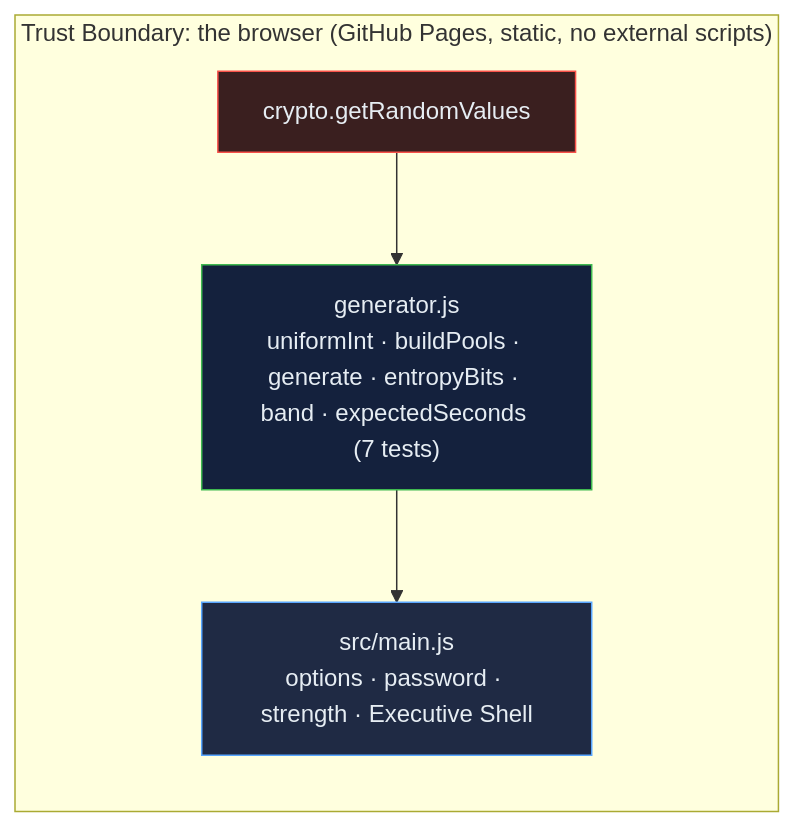
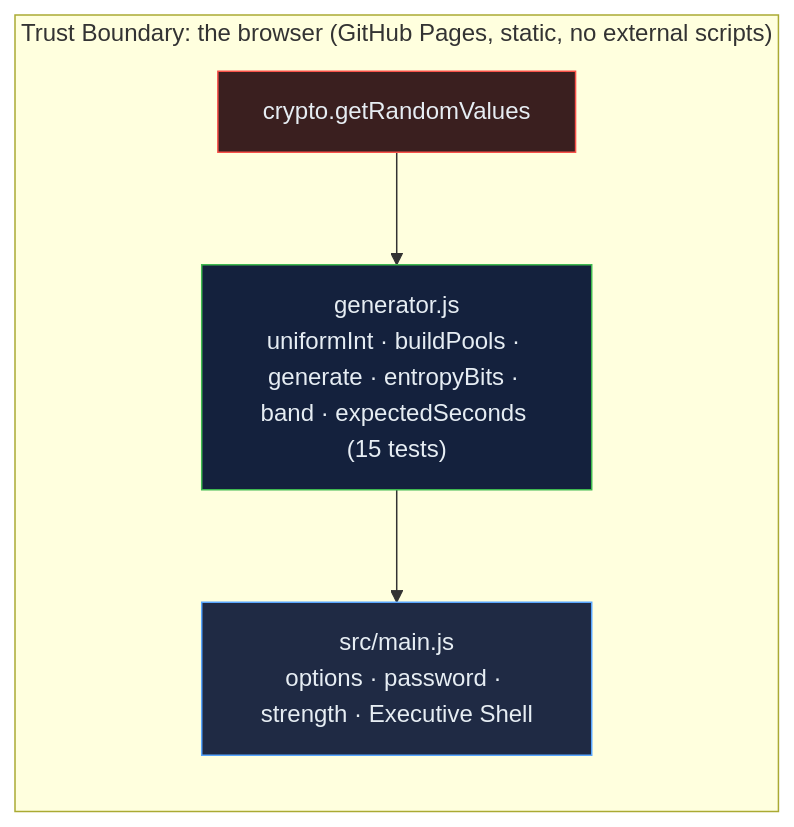
Before and after one commit to Freddricklogan/secure-password-generator: the diagram in README.md, drawn with Mermaid. The commit also changed 4 other files, not shown here.

````diff
--- a/README.md
+++ b/README.md
@@ -44,12 +44,12 @@
 ```mermaid
 flowchart LR
   subgraph TB1["Trust Boundary: the browser (GitHub Pages, static, no external scripts)"]
     CSPRNG["crypto.getRandomValues"]:::security
-    G["generator.js<br/>uniformInt · buildPools · generate · entropyBits · band · expectedSeconds (7 tests)"]:::service
+    G["generator.js<br/>uniformInt · buildPools · generate · entropyBits · band · expectedSeconds (15 tests)"]:::service
     MAIN["src/main.js<br/>options · password · strength · Executive Shell"]:::client
   end
   CSPRNG --> G --> MAIN
   classDef client fill:#1f2a44,stroke:#58A6FF,color:#e6edf3
   classDef service fill:#14213d,stroke:#3fb950,color:#e6edf3
   classDef security fill:#3a1f1f,stroke:#f85149,color:#e6edf3
 ```
````
